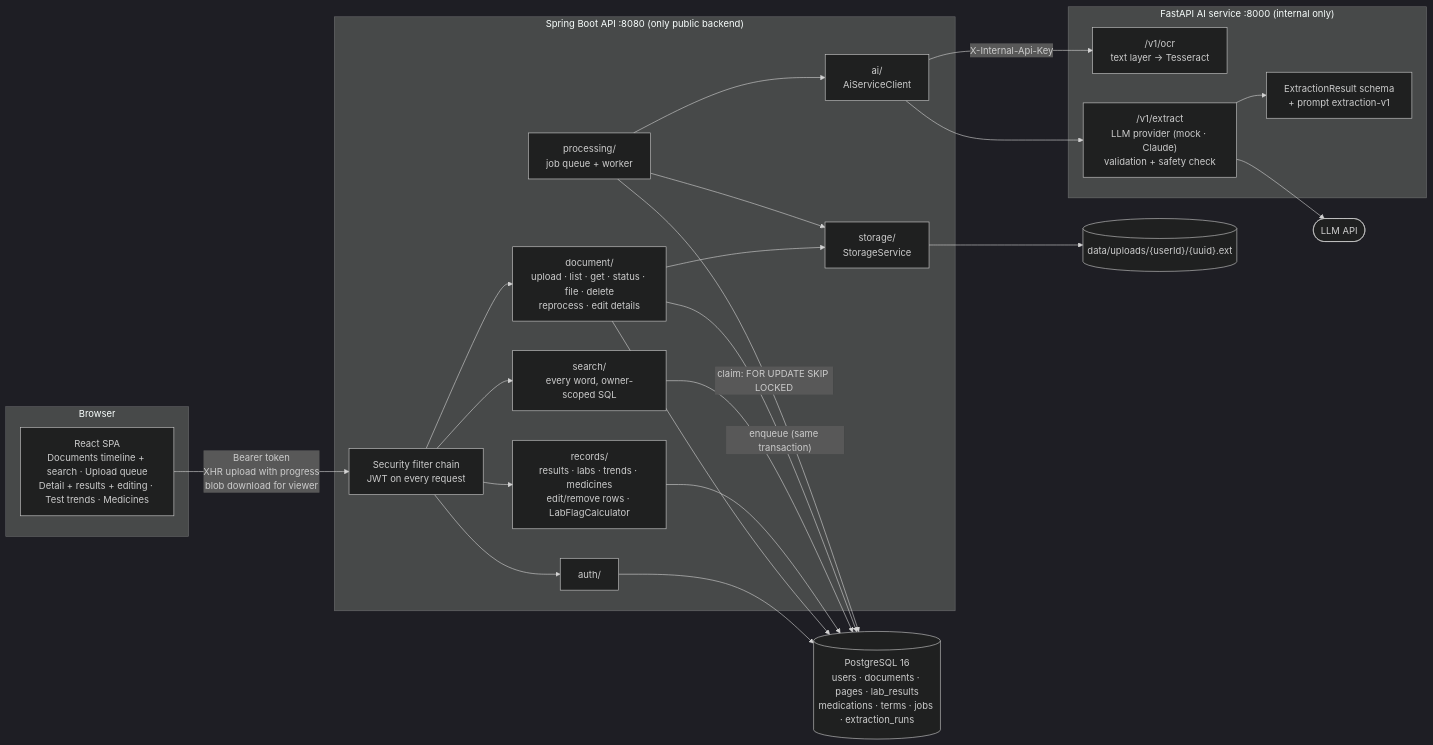
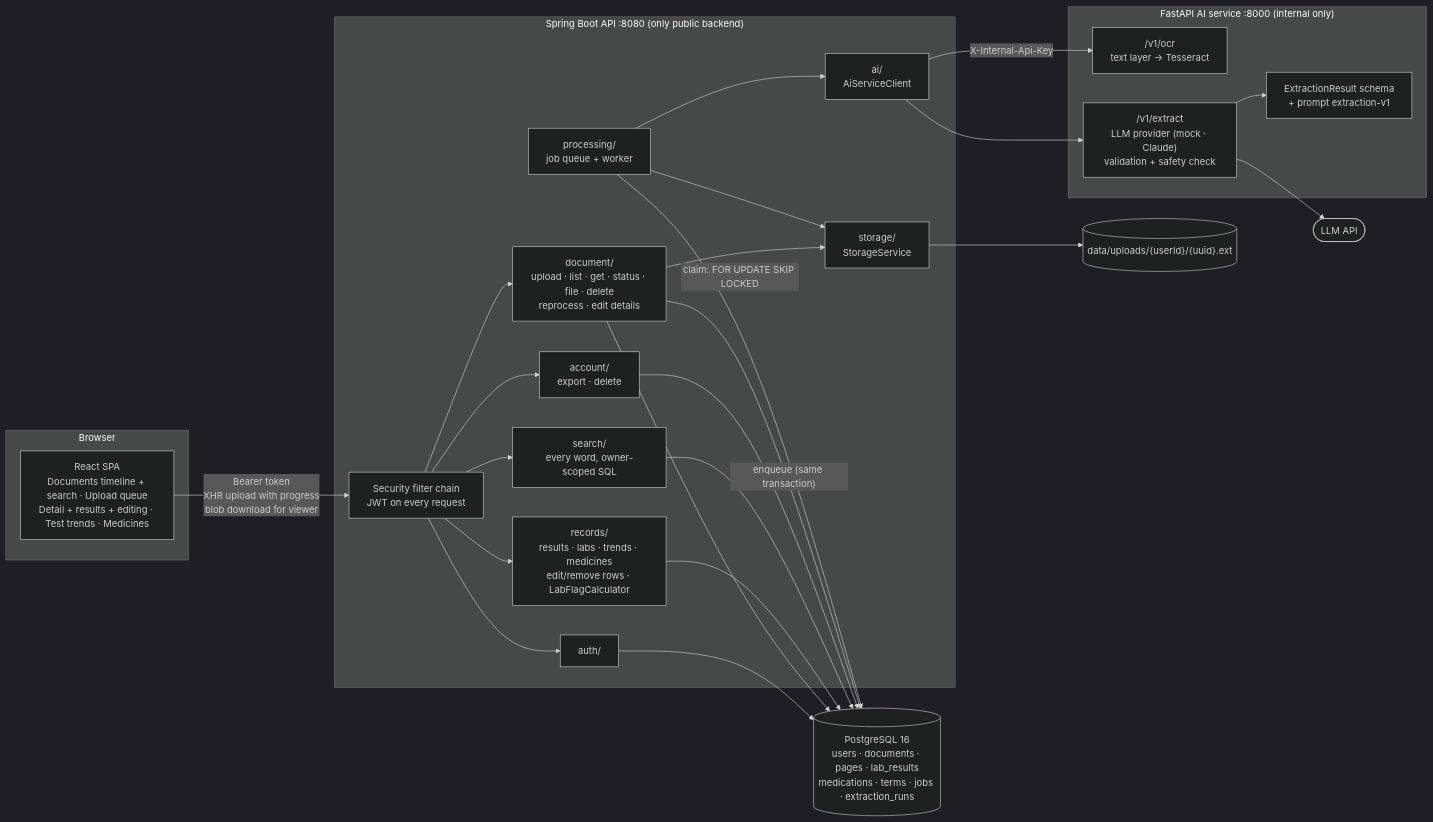
One commit to n3h4a/medfold changed the first of 3 diagrams in docs/architecture.md. Above: the diagram before and after it, drawn with Mermaid (dark theme). The commit also changed other lines of this file, not shown here.

Commit message:
docs: add architecture recap for tasks 37-40 (account control, status, throttling)

````diff
--- a/docs/architecture.md
+++ b/docs/architecture.md
@@ -18,42 +18,44 @@
 ```mermaid
 flowchart LR
     subgraph Browser
         UI["React SPA<br/>Documents timeline + search · Upload queue<br/>Detail + results + editing · Test trends · Medicines"]
     end
 
     subgraph Backend["Spring Boot API :8080 (only public backend)"]
         SEC["Security filter chain<br/>JWT on every request"]
         AUTH["auth/"]
         DOCS["document/<br/>upload · list · get · status · file · delete<br/>reprocess · edit details"]
         RECORDS["records/<br/>results · labs · trends · medicines<br/>edit/remove rows · LabFlagCalculator"]
         SEARCH["search/<br/>every word, owner-scoped SQL"]
+        ACCOUNT["account/<br/>export · delete"]
         STORE["storage/<br/>StorageService"]
         WORKER["processing/<br/>job queue + worker"]
         AICLIENT["ai/<br/>AiServiceClient"]
     end
 
     subgraph AI["FastAPI AI service :8000 (internal only)"]
         OCR["/v1/ocr<br/>text layer → Tesseract"]
         EXTRACT["/v1/extract<br/>LLM provider (mock · Claude)<br/>validation + safety check"]
         SCHEMA["ExtractionResult schema<br/>+ prompt extraction-v1"]
     end
 
     DB[("PostgreSQL 16<br/>users · documents · pages · lab_results<br/>medications · terms · jobs · extraction_runs")]
     FILES[("data/uploads/{userId}/{uuid}.ext")]
     LLM(["LLM API"])
 
     UI -- "Bearer token<br/>XHR upload with progress<br/>blob download for viewer" --> SEC
     SEC --> AUTH --> DB
     SEC --> DOCS --> DB
     SEC --> RECORDS --> DB
     SEC --> SEARCH --> DB
+    SEC --> ACCOUNT --> DB
     DOCS --> STORE --> FILES
     DOCS -- "enqueue (same transaction)" --> DB
     WORKER -- "claim: FOR UPDATE SKIP LOCKED" --> DB
     WORKER --> STORE
     WORKER --> AICLIENT
     AICLIENT -- "X-Internal-Api-Key" --> OCR
     AICLIENT --> EXTRACT
     EXTRACT --> SCHEMA
     EXTRACT --> LLM
 ```
````
